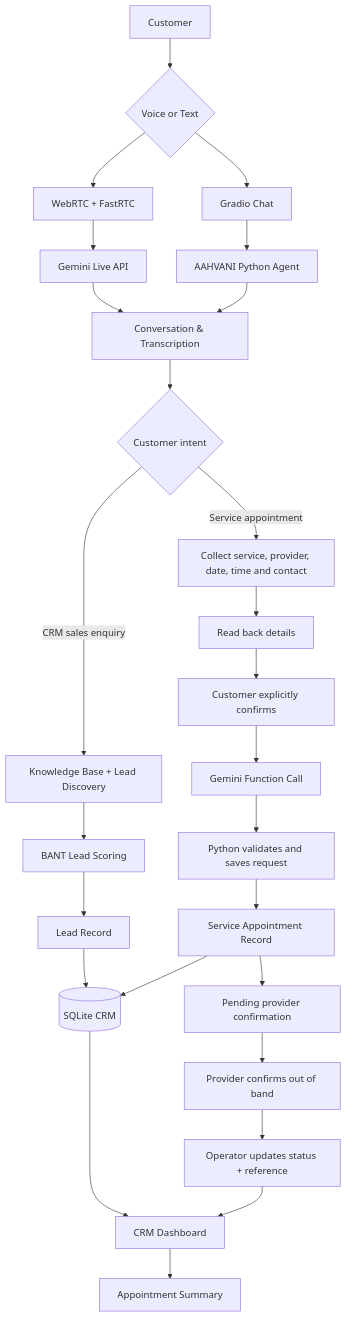
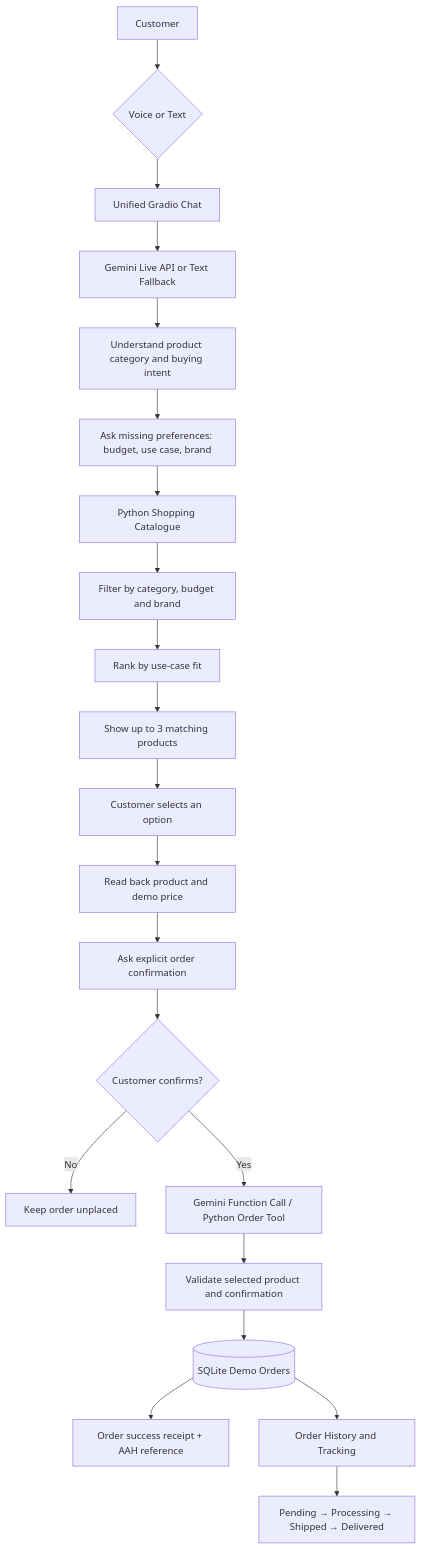
One commit to Yogeshyadav870/AAHVANI-AI changed the diagram in architecture/workflow.md. Above: the diagram before and after it, drawn with Mermaid. The commit also changed other lines of this file, not shown here.

Commit message:
Update project documentation for multimodal shopping assistant

````diff
--- a/architecture/workflow.md
+++ b/architecture/workflow.md
@@ -3,31 +3,23 @@
-```mermaid
+~~~mermaid
 flowchart TD
     A["Customer"] --> B{"Voice or Text"}
-    B --> C["WebRTC + FastRTC"]
-    B --> D["Gradio Chat"]
-    C --> E["Gemini Live API"]
-    D --> F["AAHVANI Python Agent"]
-    E --> G["Conversation & Transcription"]
-    F --> G
-
-    G --> H{"Customer intent"}
-    H -->|CRM sales enquiry| I["Knowledge Base + Lead Discovery"]
-    I --> J["BANT Lead Scoring"]
-    J --> K["Lead Record"]
-    K --> M[("SQLite CRM")]
-
-    H -->|Service appointment| N["Collect service, provider, date, time and contact"]
-    N --> O["Read back details"]
-    O --> P["Customer explicitly confirms"]
-    P --> Q["Gemini Function Call"]
-    Q --> R["Python validates and saves request"]
-    R --> S["Service Appointment Record"]
-    S --> M
-
-    M --> T["CRM Dashboard"]
-    T --> U["Appointment Summary"]
-    S --> V["Pending provider confirmation"]
-    V --> W["Provider confirms out of band"]
-    W --> X["Operator updates status + reference"]
-    X --> T
-```
+    B --> C["Unified Gradio Chat"]
+    C --> D["Gemini Live API or Text Fallback"]
+    D --> E["Understand product category and buying intent"]
+    E --> F["Ask missing preferences: budget, use case, brand"]
+    F --> G["Python Shopping Catalogue"]
+    G --> H["Filter by category, budget and brand"]
+    H --> I["Rank by use-case fit"]
+    I --> J["Show up to 3 matching products"]
+    J --> K["Customer selects an option"]
+    K --> L["Read back product and demo price"]
+    L --> M["Ask explicit order confirmation"]
+    M --> N{"Customer confirms?"}
+    N -->|No| O["Keep order unplaced"]
+    N -->|Yes| P["Gemini Function Call / Python Order Tool"]
+    P --> Q["Validate selected product and confirmation"]
+    Q --> R[("SQLite Demo Orders")]
+    R --> S["Order success receipt + AAH reference"]
+    R --> T["Order History and Tracking"]
+    T --> U["Pending → Processing → Shipped → Delivered"]
+~~~
````
